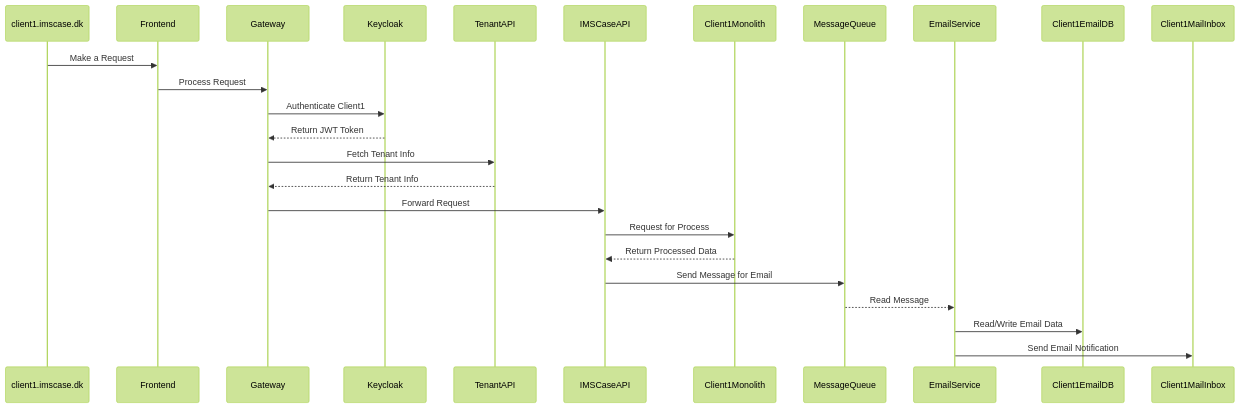
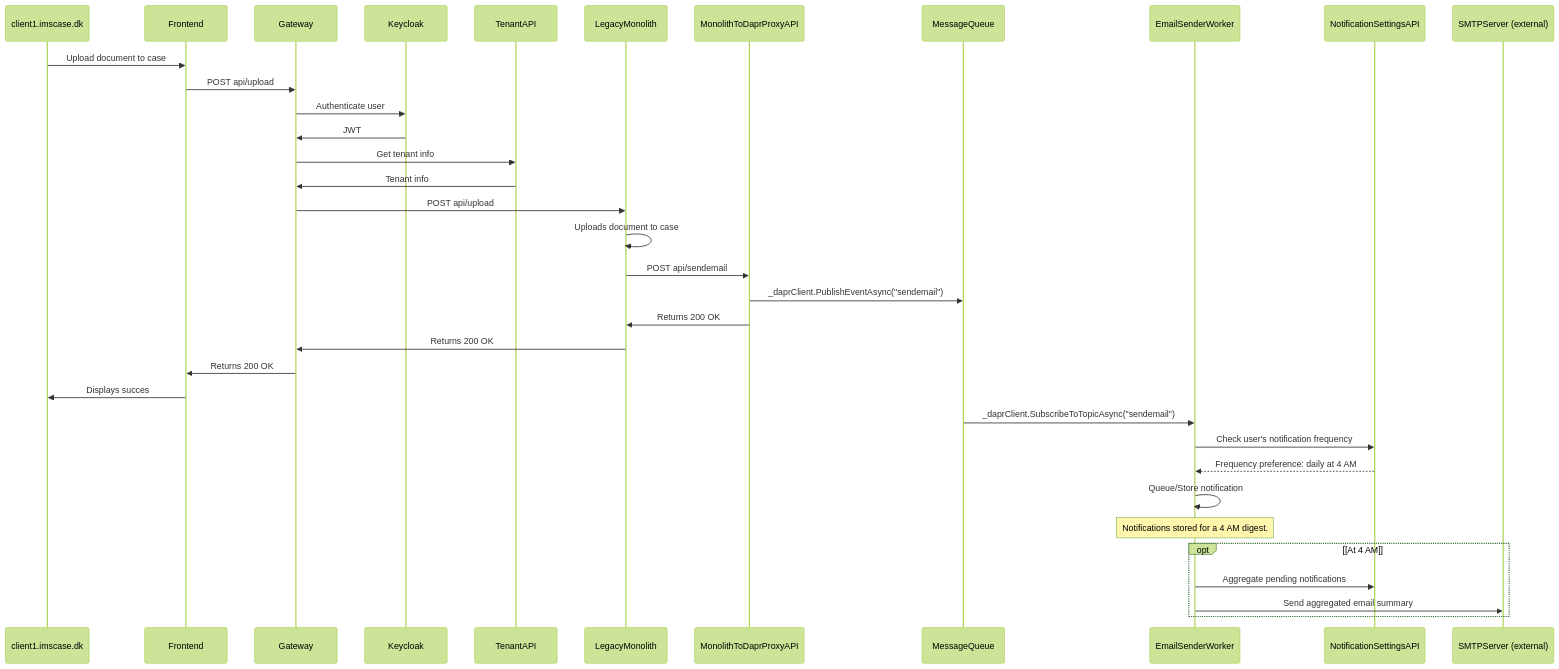
The diagram in Diagrams/UseCase2ExplicitNotificationSequenceDiagram.md (rasmusulriksen/BachelorsProject), drawn with Mermaid (forest theme) before and after one commit. The commit also changed 1 other file, not shown here.

Commit message:
Saving progress

````diff
--- a/Diagrams/UseCase2ExplicitNotificationSequenceDiagram.md
+++ b/Diagrams/UseCase2ExplicitNotificationSequenceDiagram.md
@@ -1,28 +1,39 @@
 ```mermaid
 sequenceDiagram
     participant Client1 as client1.imscase.dk
     participant Frontend
     participant Gateway
     participant Keycloak
     participant TenantAPI
-    participant IMSCaseAPI
-    participant Client1Monolith
+    participant LegacyMonolith
+    participant MonolithToDaprProxyAPI
     participant MessageQueue
-    participant EmailService
-    participant Client1EmailDB
-    participant Client1MailInbox
+    participant EmailSenderWorker
+    participant NotificationSettingsAPI
+    participant SMTPServer as SMTPServer (external)
 
-    Client1->>Frontend: Make a Request
-    Frontend->>Gateway: Process Request
-    Gateway->>Keycloak: Authenticate Client1
-    Keycloak-->>Gateway: Return JWT Token
-    Gateway->>TenantAPI: Fetch Tenant Info
-    TenantAPI-->>Gateway: Return Tenant Info
-    Gateway->>IMSCaseAPI: Forward Request
-    IMSCaseAPI->>Client1Monolith: Request for Process
-    Client1Monolith-->>IMSCaseAPI: Return Processed Data
-    IMSCaseAPI->>MessageQueue: Send Message for Email
-    MessageQueue-->>EmailService: Read Message
-    EmailService->>Client1EmailDB: Read/Write Email Data
-    EmailService->>Client1MailInbox: Send Email Notification
+    Client1->>Frontend: Upload document to case
+    Frontend->>Gateway: POST api/upload
+    Gateway->>Keycloak: Authenticate user
+    Keycloak->>Gateway: JWT
+    Gateway->>TenantAPI: Get tenant info
+    TenantAPI->>Gateway: Tenant info
+    Gateway->>LegacyMonolith: POST api/upload
+    LegacyMonolith->>LegacyMonolith: Uploads document to case
+    LegacyMonolith->>MonolithToDaprProxyAPI: POST api/sendemail
+    MonolithToDaprProxyAPI->>MessageQueue: _daprClient.PublishEventAsync("sendemail")
+    MonolithToDaprProxyAPI->>LegacyMonolith: Returns 200 OK
+    LegacyMonolith->>Gateway: Returns 200 OK
+    Gateway->>Frontend: Returns 200 OK
+    Frontend->>Client1: Displays succes
+    MessageQueue->>EmailSenderWorker: _daprClient.SubscribeToTopicAsync("sendemail")
+    EmailSenderWorker->>NotificationSettingsAPI: Check user's notification frequency
+    NotificationSettingsAPI-->>EmailSenderWorker: Frequency preference: daily at 4 AM
+    EmailSenderWorker->>EmailSenderWorker: Queue/Store notification
+    
+    Note over EmailSenderWorker: Notifications stored for a 4 AM digest.
+    opt [At 4 AM]
+        EmailSenderWorker->>NotificationSettingsAPI: Aggregate pending notifications
+        EmailSenderWorker->>SMTPServer: Send aggregated email summary
+    end
 ```
````
